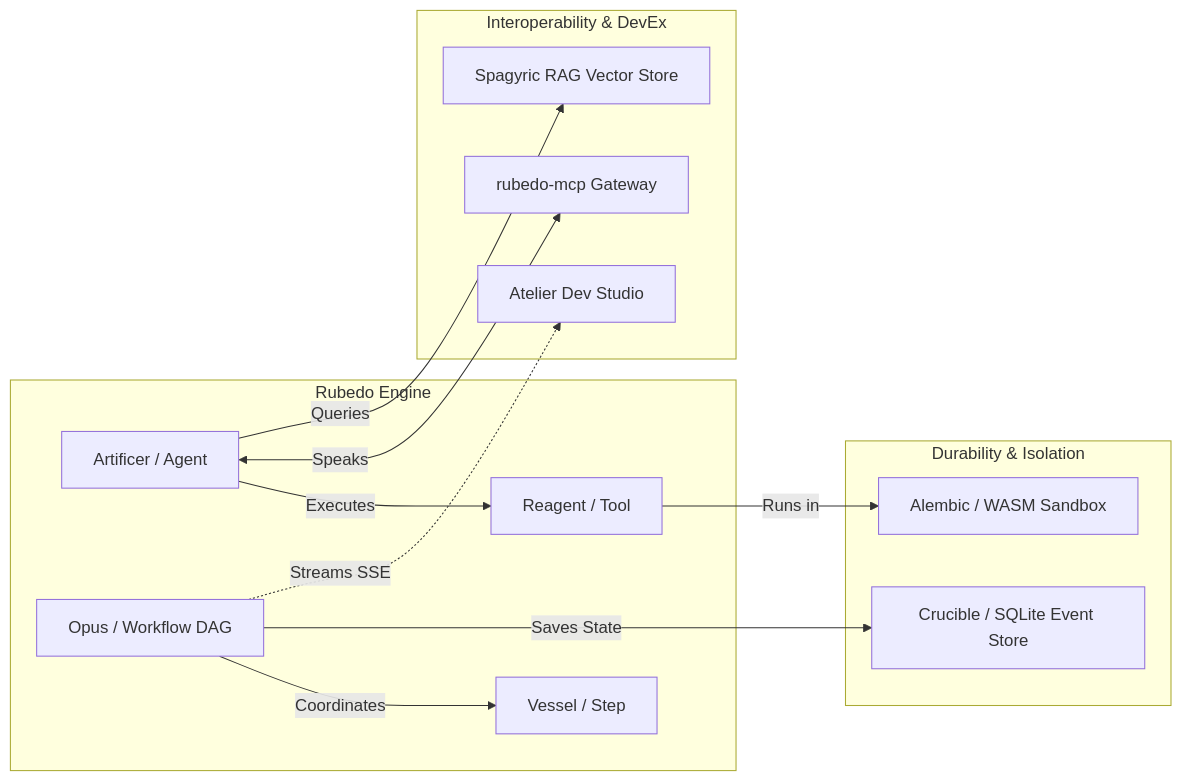
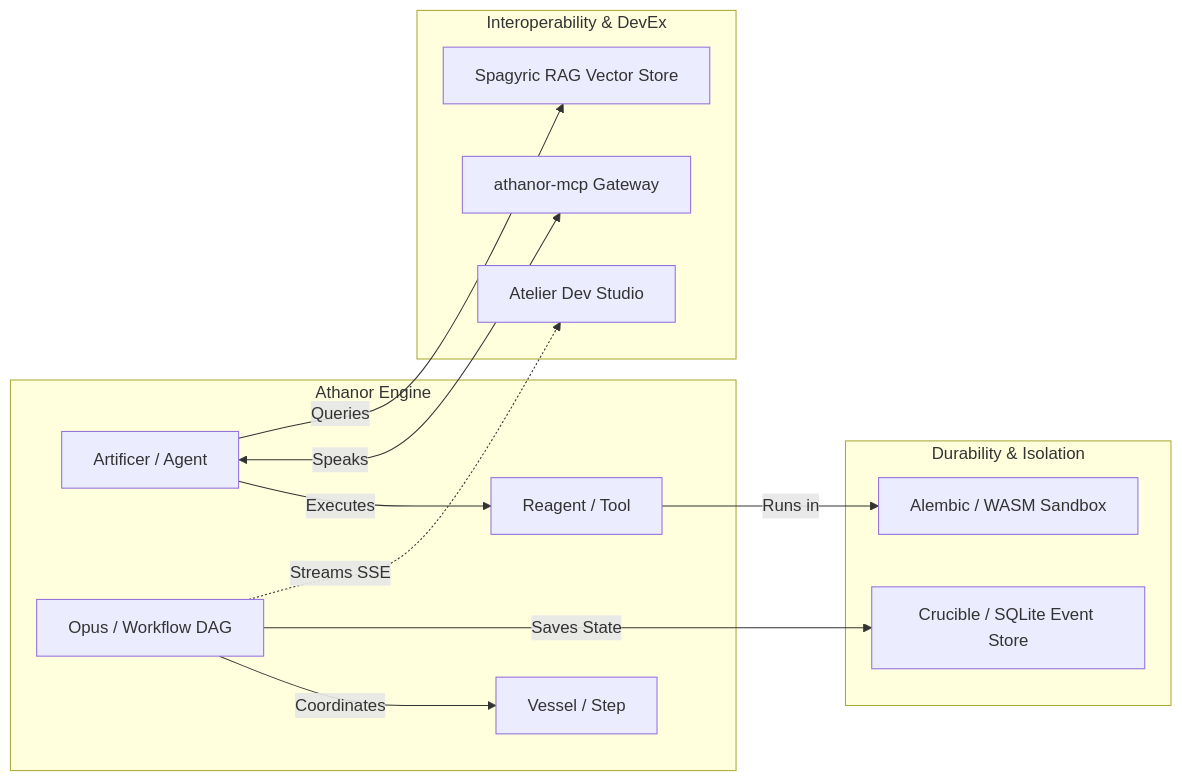
The second of 2 diagrams in PRODUCT_PLAN.md (pinguxx/athanor), drawn with Mermaid before and after one commit. The commit also changed other lines of this file and 199 other files, not shown here.

````diff
--- a/PRODUCT_PLAN.md
+++ b/PRODUCT_PLAN.md
@@ -81,18 +81,18 @@
 ```mermaid
 graph LR
-    subgraph CoreEngine ["Rubedo Engine"]
+    subgraph CoreEngine ["Athanor Engine"]
         Artificer["Artificer / Agent"] -->|Executes| Reagent["Reagent / Tool"]
         Opus["Opus / Workflow DAG"] -->|Coordinates| Vessel["Vessel / Step"]
     end
 
     subgraph SecurityPersistence ["Durability & Isolation"]
         Opus -->|Saves State| Crucible["Crucible / SQLite Event Store"]
         Reagent -->|Runs in| Alembic["Alembic / WASM Sandbox"]
     end
 
     subgraph EcosystemObservability ["Interoperability & DevEx"]
-        Artificer <-->|Speaks| MCP["rubedo-mcp Gateway"]
+        Artificer <-->|Speaks| MCP["athanor-mcp Gateway"]
         Opus -.->|Streams SSE| Atelier["Atelier Dev Studio"]
         Artificer -->|Queries| RAG["Spagyric RAG Vector Store"]
     end
 ```
````
